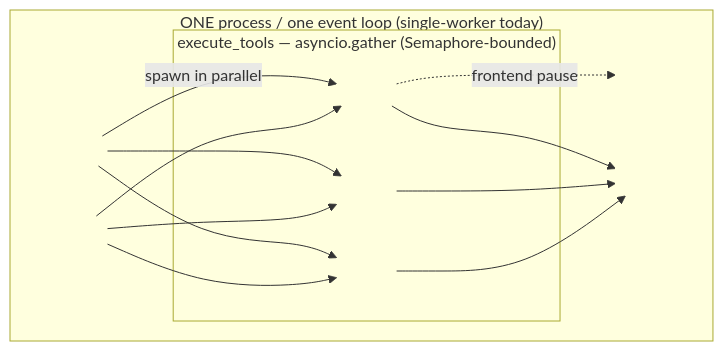
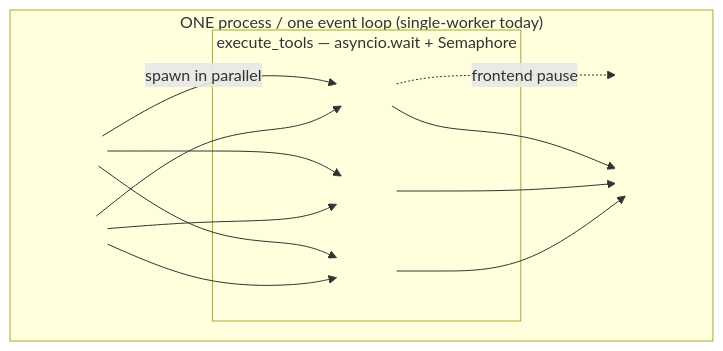
One commit to AuroSoni/agent-harness changed the tenth of 18 diagrams in NEW_CONSOLIDATEED_ARCHITECTURE.md. Above: the diagram before and after it, drawn with Mermaid. The commit also changed other lines of this file and 2 other files, not shown here.

Commit message:
Add new architecture review document for `NEW_CONSOLIDATEED_ARCHITECTURE.md`, summarizing dual-model evaluations and consensus findings on the proposed agent runtime design, including critical insights on scope and idempotency.

````diff
--- a/NEW_CONSOLIDATEED_ARCHITECTURE.md
+++ b/NEW_CONSOLIDATEED_ARCHITECTURE.md
@@ -681,27 +705,27 @@
 ```mermaid
 flowchart TB
     subgraph Proc["ONE process / one event loop (single-worker today)"]
         ROOT["Root agent loop"]
-        subgraph Gather["execute_tools — asyncio.gather (Semaphore-bounded)"]
+        subgraph Gather["execute_tools — asyncio.wait + Semaphore"]
             K1["sub-agent 1"]
             K2["sub-agent 2"]
             K3["sub-agent N"]
         end
         IRR["InlineRelayRegistry<br/>child_uuid → Future (singleton)"]
         Q["shared asyncio.Queue (SSE)"]
         EV["shared cancellation_event"]
     end
     ROOT -->|spawn in parallel| K1
     ROOT --> K2
     ROOT --> K3
     K1 -. "frontend pause" .-> IRR
     K1 --> Q
     K2 --> Q
     K3 --> Q
     EV --> K1
     EV --> K2
     EV --> K3
 
     classDef today fill:#e2ecfd,stroke:#2c5fb3,color:#000;
     class ROOT,K1,K2,K3,IRR,Q,EV today;
 ```
````
